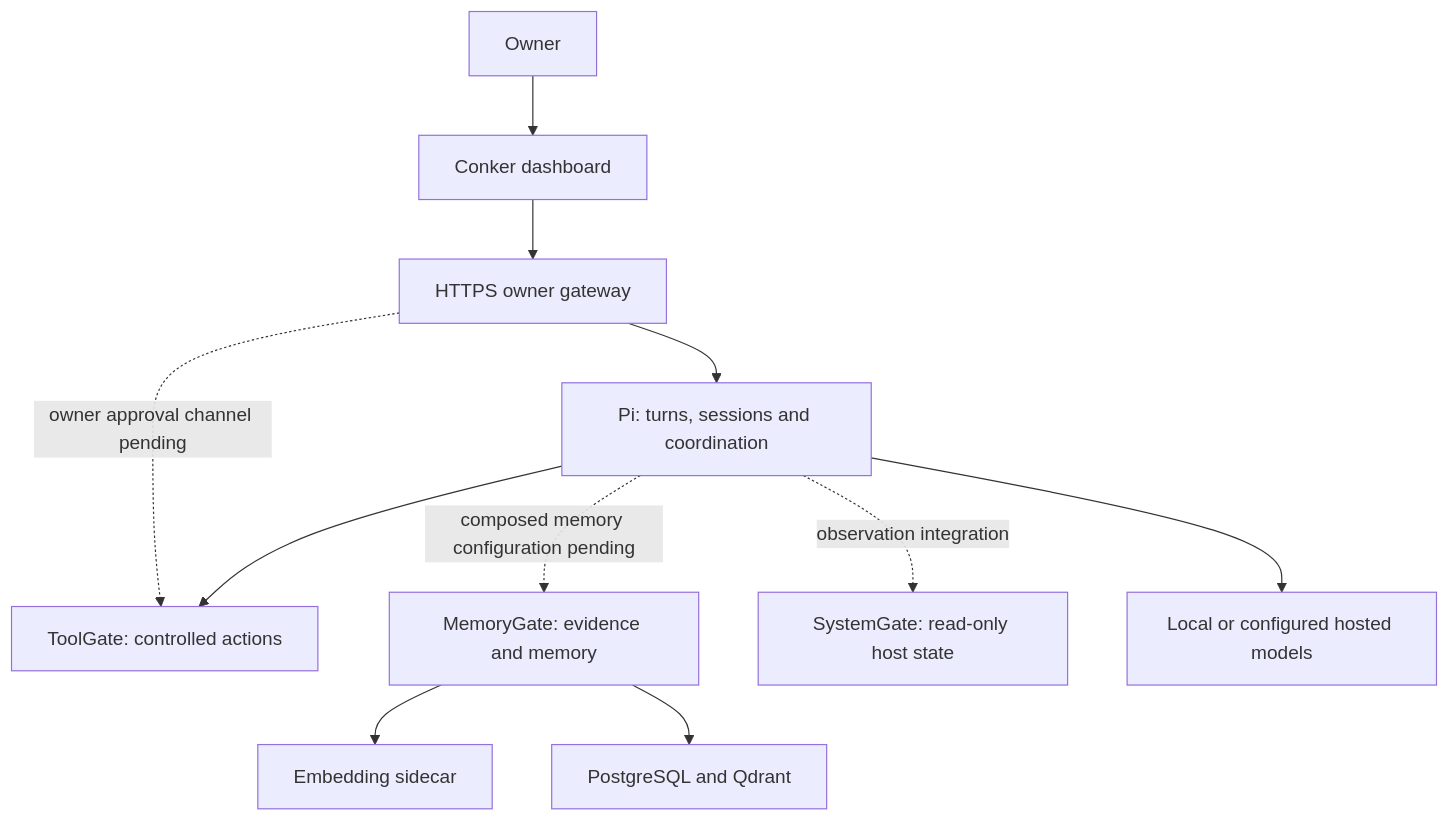
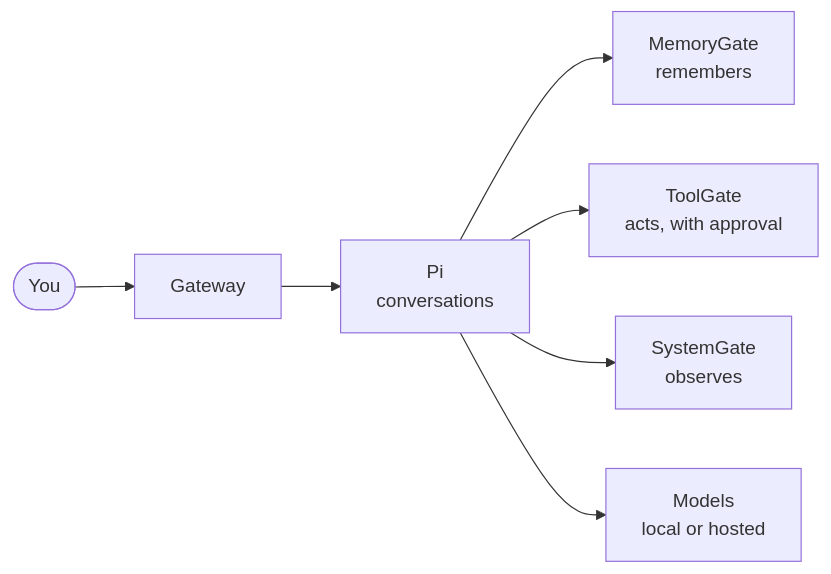
One commit to Conker-AI/conker changed the diagram in README.md. Above: the diagram before and after it, drawn with Mermaid. The commit also changed other lines of this file and 78 other files, not shown here.

````diff
--- a/README.md
+++ b/README.md
@@ -93,13 +41,8 @@
 ```mermaid
-flowchart TB
-    Owner[Owner] --> Dashboard[Conker dashboard]
-    Dashboard --> Gateway[HTTPS owner gateway]
-    Gateway --> Pi[Pi: turns, sessions and coordination]
-    Gateway -. owner approval channel pending .-> ToolGate[ToolGate: controlled actions]
-    Pi --> ToolGate
-    Pi -. composed memory configuration pending .-> MemoryGate[MemoryGate: evidence and memory]
-    Pi -. observation integration .-> SystemGate[SystemGate: read-only host state]
-    MemoryGate --> Embeddings[Embedding sidecar]
-    MemoryGate --> Stores[PostgreSQL and Qdrant]
-    Pi --> Models[Local or configured hosted models]
+flowchart LR
+    You([You]) --> GW[Gateway] --> Pi[Pi<br/>conversations]
+    Pi --> MG[MemoryGate<br/>remembers]
+    Pi --> TG[ToolGate<br/>acts, with approval]
+    Pi --> SG[SystemGate<br/>observes]
+    Pi --> M[Models<br/>local or hosted]
 ```
````
